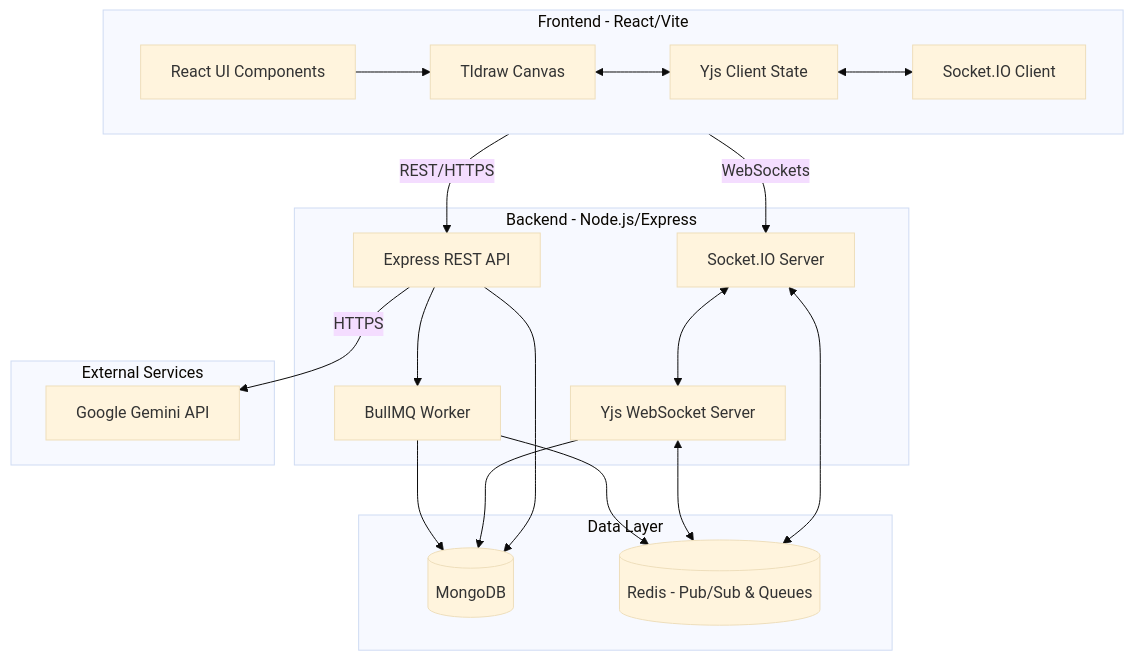
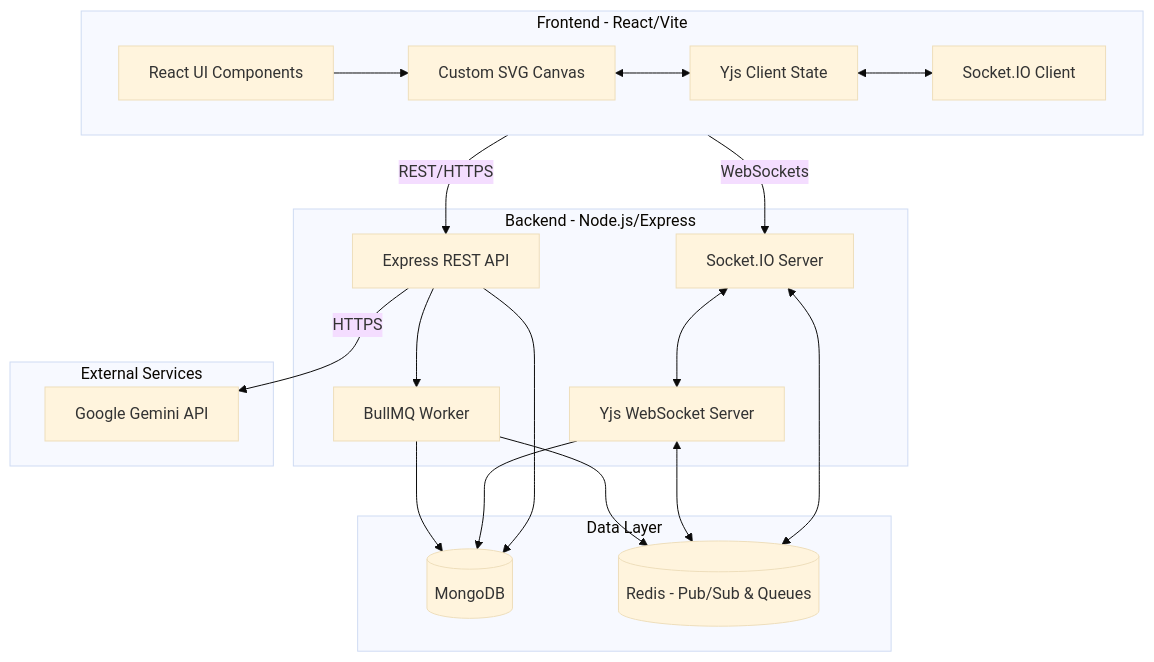
One commit to Arghadeep78/collaborative-realtime-workspace changed the diagram in architecture.md. Above: the diagram before and after it, drawn with Mermaid (base theme). The commit also changed other lines of this file and 16 other files, not shown here.

````diff
--- a/architecture.md
+++ b/architecture.md
@@ -38,45 +38,45 @@
 ```mermaid
 graph TD
     subgraph Client [Frontend - React/Vite]
         UI[React UI Components]
-        Canvas[Tldraw Canvas]
+        Canvas[Custom SVG Canvas]
         YjsClient[Yjs Client State]
         SocketIO_Client[Socket.IO Client]
         
         UI --> Canvas
         Canvas <--> YjsClient
         YjsClient <--> SocketIO_Client
     end
 
     subgraph Server [Backend - Node.js/Express]
         API[Express REST API]
         SocketIO_Server[Socket.IO Server]
         YjsServer[Yjs WebSocket Server]
         BullMQ[BullMQ Worker]
         
         SocketIO_Server <--> YjsServer
     end
 
     subgraph Data Layer
         MongoDB[(MongoDB)]
         Redis[(Redis - Pub/Sub & Queues)]
     end
 
     subgraph External Services
         Gemini[Google Gemini API]
     end
 
     Client -- REST/HTTPS --> API
     Client -- WebSockets --> SocketIO_Server
 
     API --> MongoDB
     YjsServer --> MongoDB
     
     SocketIO_Server <--> Redis
     YjsServer <--> Redis
     API --> BullMQ
     BullMQ --> Redis
     BullMQ --> MongoDB
     
     API -- HTTPS --> Gemini
 ```
````
